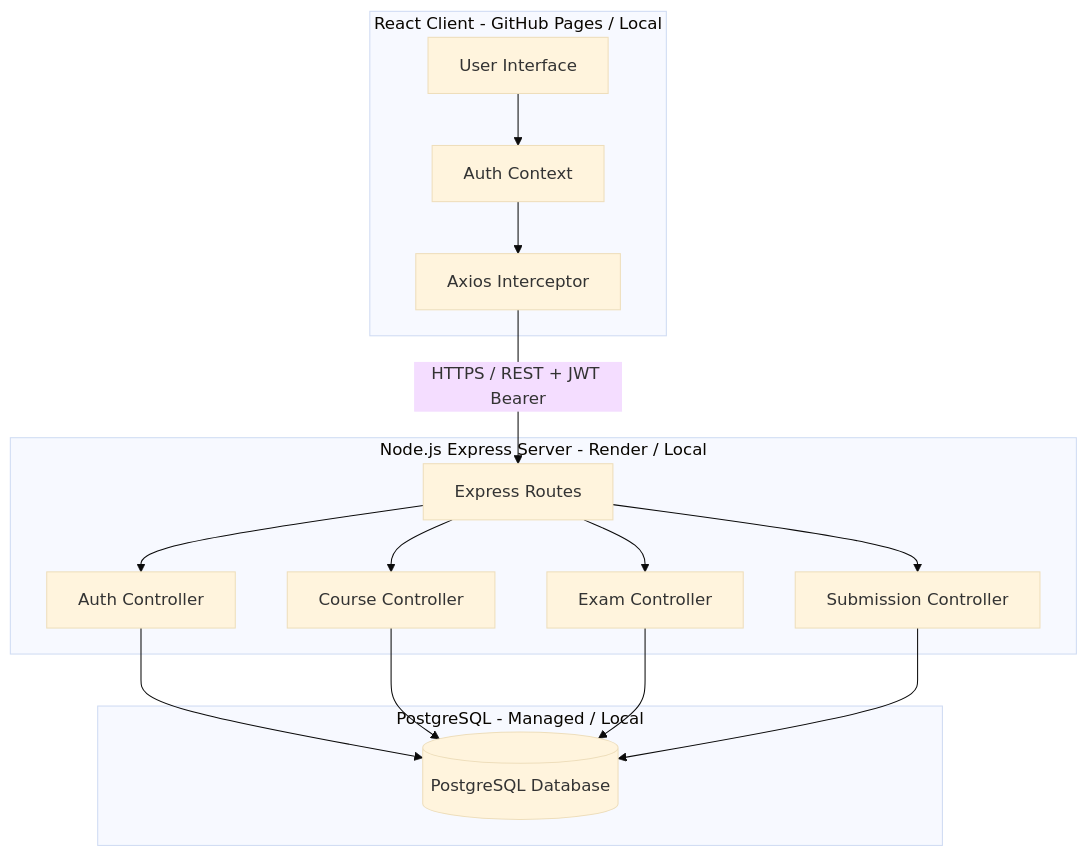
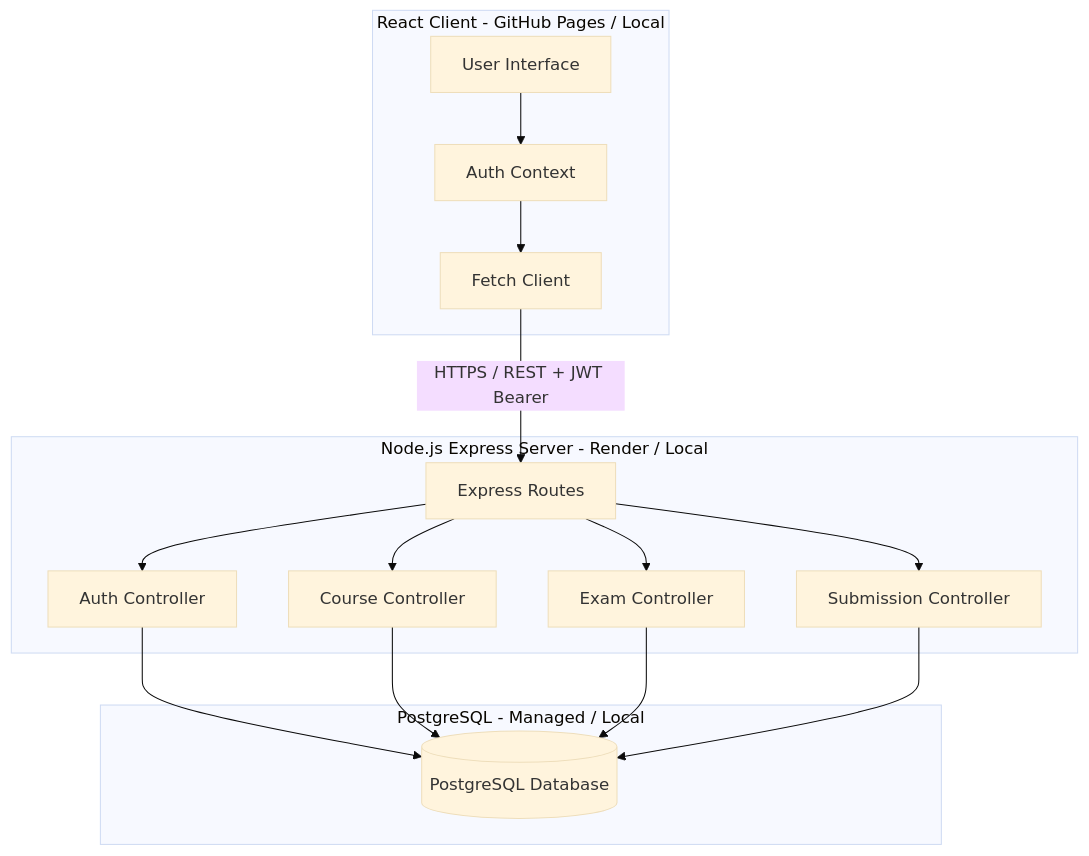
One commit to Nashd31/ExamApp changed the diagram in README.md. Above: the diagram before and after it, drawn with Mermaid (base theme). The commit also changed other lines of this file and 14 other files, not shown here.

````diff
--- a/README.md
+++ b/README.md
@@ -48,38 +48,38 @@
 ```mermaid
 graph TD
     %% Client Side
     subgraph Frontend [React Client - GitHub Pages / Local]
         UI[User Interface]
         AuthCtx[Auth Context]
-        APIClient[Axios Interceptor]
+        APIClient[Fetch Client]
         UI --> AuthCtx
         AuthCtx --> APIClient
     end
 
     %% Network
     APIClient -- "HTTPS / REST + JWT Bearer" --> Router
 
     %% Server Side
     subgraph Backend [Node.js Express Server - Render / Local]
         Router[Express Routes]
         AuthCtrl[Auth Controller]
         CourseCtrl[Course Controller]
         ExamCtrl[Exam Controller]
         SubCtrl[Submission Controller]
         
         Router --> AuthCtrl
         Router --> CourseCtrl
         Router --> ExamCtrl
         Router --> SubCtrl
     end
 
     %% Database
     subgraph Database [PostgreSQL - Managed / Local]
         DB[(PostgreSQL Database)]
     end
 
     AuthCtrl --> DB
     CourseCtrl --> DB
     ExamCtrl --> DB
     SubCtrl --> DB
 ```
````
